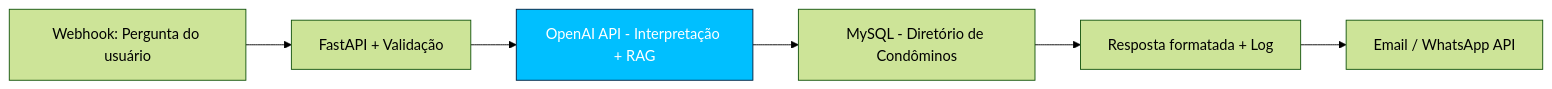
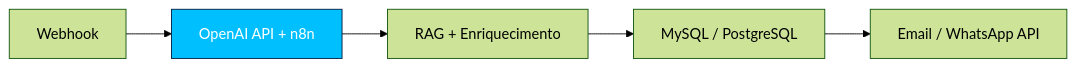
One commit to Pedro274-ctrl/agente-toqan-ifood-exemplo changed the diagram in README.md. Above: the diagram before and after it, drawn with Mermaid (forest theme). The commit also changed other lines of this file, not shown here.

````diff
--- a/README.md
+++ b/README.md
@@ -21,9 +30,8 @@
 ```mermaid
 flowchart LR
-    A[Webhook: Pergunta do usuário] --> B[FastAPI + Validação]
-    B --> C[OpenAI API - Interpretação + RAG]
-    C --> D[MySQL - Diretório de Condôminos]
-    D --> E[Resposta formatada + Log]
-    E --> F[Email / WhatsApp API]
-    style C fill:#00BFFF,stroke:#001F3F,color:#fff
+    A[Webhook] --> B[OpenAI API + n8n]
+    B --> C[RAG + Enriquecimento]
+    C --> D[MySQL / PostgreSQL]
+    D --> E[Email / WhatsApp API]
+    style B fill:#00BFFF,stroke:#001F3F,color:#fff
 ```
````
